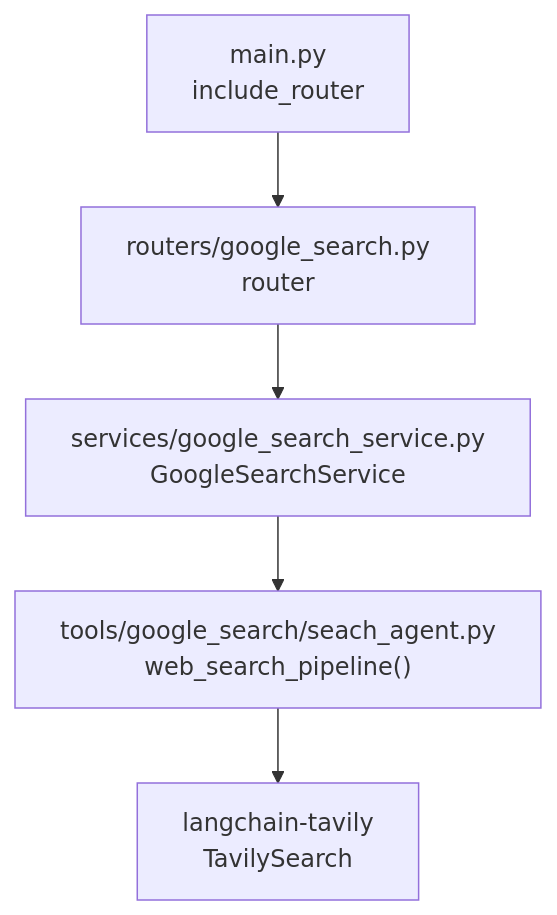
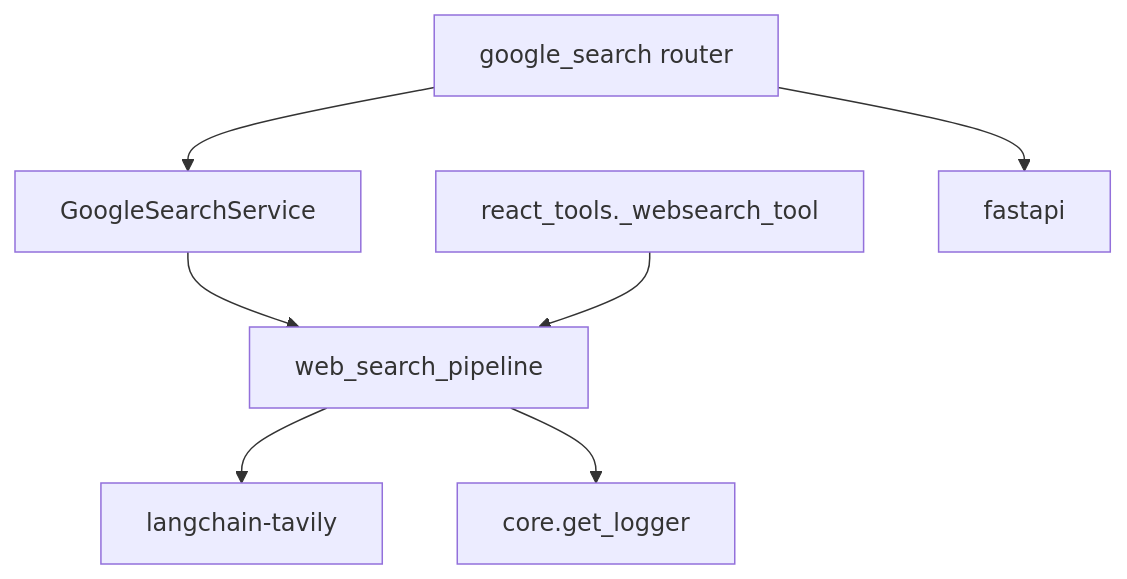
One commit to tashifkhan/tashif.codes changed the fifth of 5 diagrams in src/data/docs/agentic-browser/API Server/Search Integration API.md. Above: the diagram before and after it, drawn with Mermaid. The commit also changed other lines of this file and 114 other files, not shown here.

````diff
--- a/src/data/docs/agentic-browser/API Server/Search Integration API.md
+++ b/src/data/docs/agentic-browser/API Server/Search Integration API.md
@@ -108,7 +143,9 @@
 ```mermaid
 graph TB
-A["main.py<br/>include_router"] --> B["routers/google_search.py<br/>router"]
-B --> C["services/google_search_service.py<br/>GoogleSearchService"]
-C --> D["tools/google_search/seach_agent.py<br/>web_search_pipeline()"]
-D --> E["langchain-tavily<br/>TavilySearch"]
+  GS["google_search router"] --> GSS["GoogleSearchService"]
+  GSS --> WSP["web_search_pipeline"]
+  WSP --> LT["langchain-tavily"]
+  WSP --> LOG["core.get_logger"]
+  RT["react_tools._websearch_tool"] --> WSP
+  GS --> FA["fastapi"]
 ```
````
